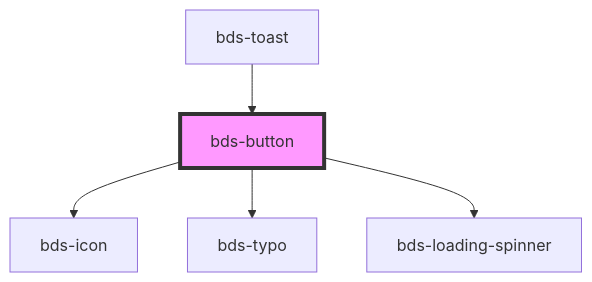
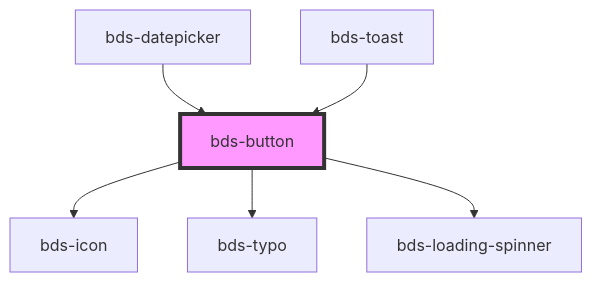
One commit to takenet/blip-ds changed the diagram in src/components/button/readme.md. Above: the diagram before and after it, drawn with Mermaid. The commit also changed other lines of this file and 13 other files, not shown here.

````diff
--- a/src/components/button/readme.md
+++ b/src/components/button/readme.md
@@ -43,8 +44,9 @@
 ```mermaid
 graph TD;
   bds-button --> bds-icon
   bds-button --> bds-typo
   bds-button --> bds-loading-spinner
+  bds-datepicker --> bds-button
   bds-toast --> bds-button
   style bds-button fill:#f9f,stroke:#333,stroke-width:4px
 ```
````
